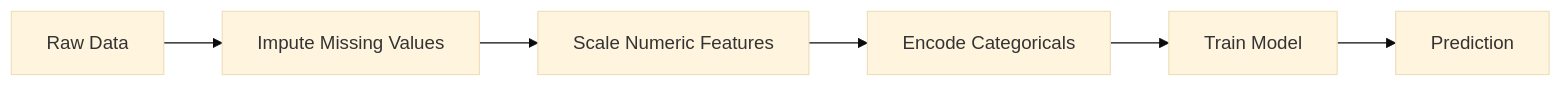
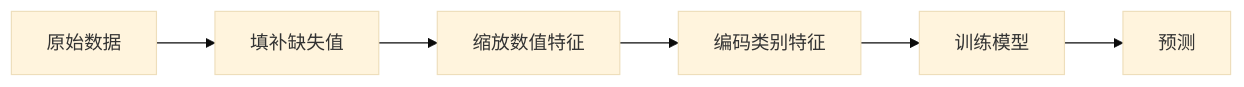
The first of 2 diagrams in phases/02-ml-fundamentals/13-ml-pipelines/docs/zh.md (JerryC8080/ai-engineering-from-scratch-zh), drawn with Mermaid (base theme) before and after one commit. The commit also changed other lines of this file and 156 other files, not shown here.

First line of the commit message:
i18n(zh): translate mermaid diagram labels in 157 lesson zh.md

````diff
--- a/phases/02-ml-fundamentals/13-ml-pipelines/docs/zh.md
+++ b/phases/02-ml-fundamentals/13-ml-pipelines/docs/zh.md
@@ -33,8 +33,8 @@
 ```mermaid
 flowchart LR
-    A[Raw Data] --> B[Impute Missing Values]
-    B --> C[Scale Numeric Features]
-    C --> D[Encode Categoricals]
-    D --> E[Train Model]
-    E --> F[Prediction]
+    A[原始数据] --> B[填补缺失值]
+    B --> C[缩放数值特征]
+    C --> D[编码类别特征]
+    D --> E[训练模型]
+    E --> F[预测]
 ```
````
